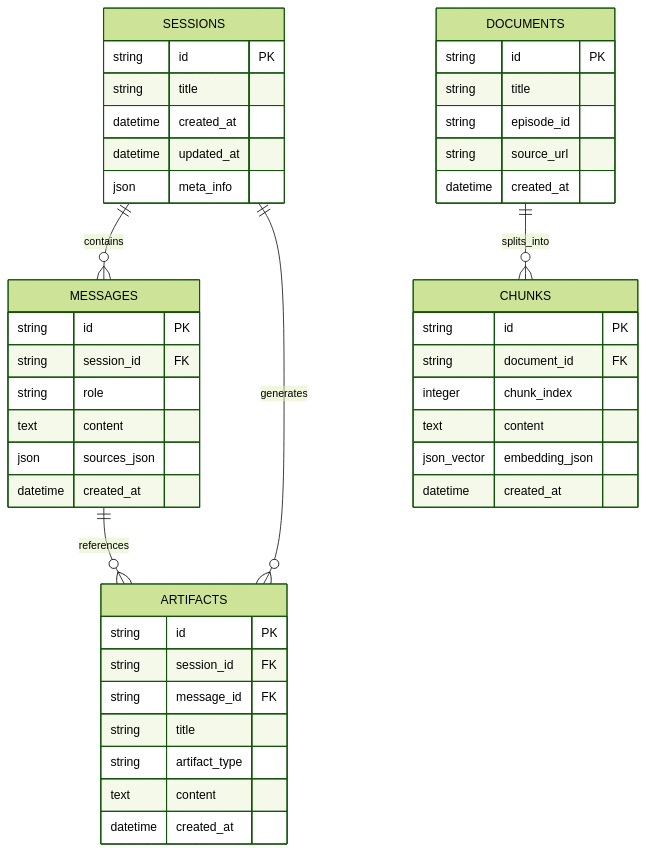
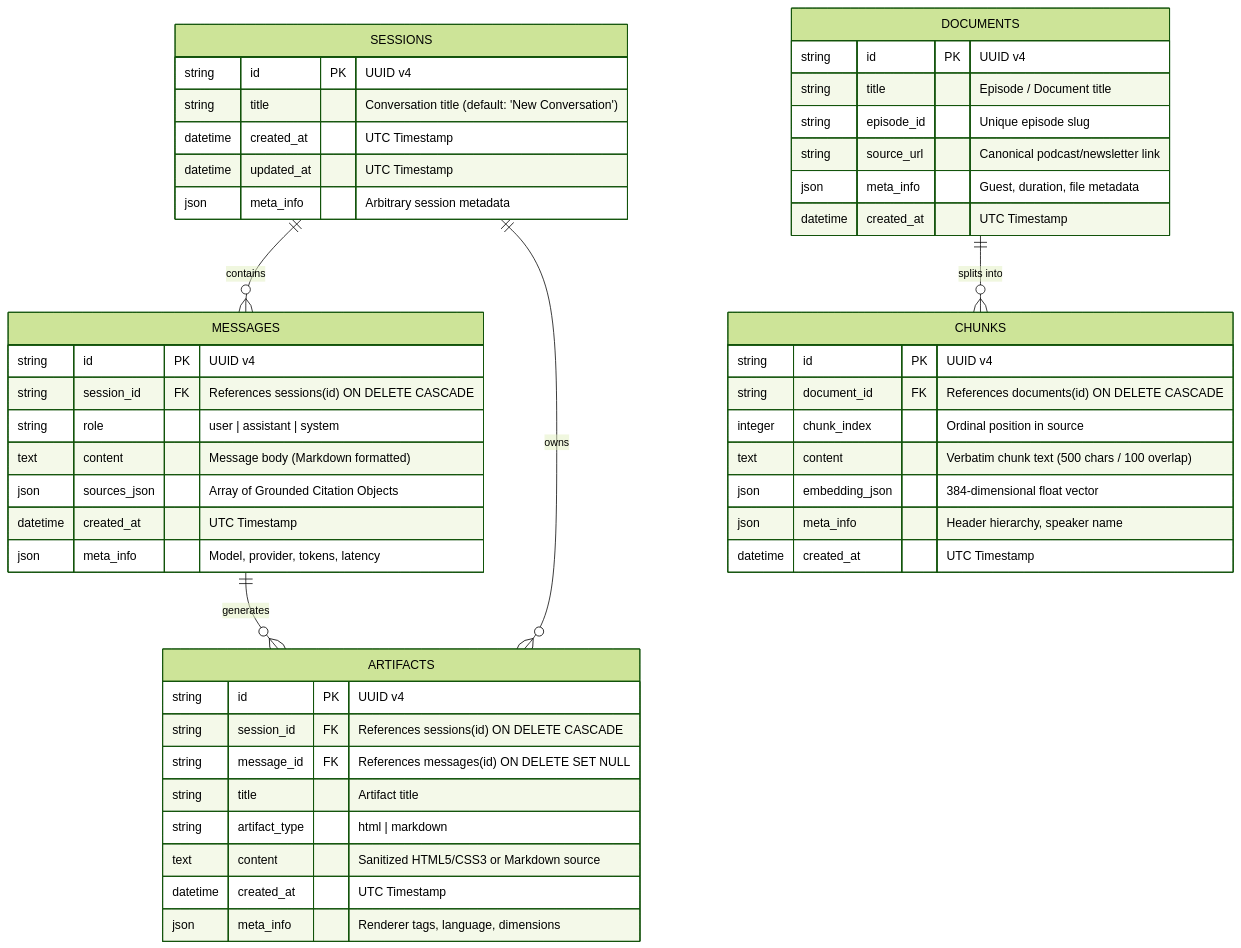
The third of 3 diagrams in architecture.md (Varshith19-cyber/Lenny-AI), drawn with Mermaid (forest theme) before and after one commit. The commit also changed other lines of this file and 28 other files, not shown here.

Commit message:
feat: add LandingPage navigation, always-fresh new chat, multi-LLM support, Ship30 skill, updated README/architecture/design docs

````diff
--- a/architecture.md
+++ b/architecture.md
@@ -39,51 +136,55 @@
 ```mermaid
 erDiagram
-    SESSIONS ||--o{ MESSAGES : contains
-    SESSIONS ||--o{ ARTIFACTS : generates
-    DOCUMENTS ||--o{ CHUNKS : splits_into
-    MESSAGES ||--o{ ARTIFACTS : references
+    SESSIONS ||--o{ MESSAGES : "contains"
+    SESSIONS ||--o{ ARTIFACTS : "owns"
+    DOCUMENTS ||--o{ CHUNKS : "splits into"
+    MESSAGES ||--o{ ARTIFACTS : "generates"
 
     SESSIONS {
-        string id PK
-        string title
-        datetime created_at
-        datetime updated_at
-        json meta_info
+        string id PK "UUID v4"
+        string title "Conversation title (default: 'New Conversation')"
+        datetime created_at "UTC Timestamp"
+        datetime updated_at "UTC Timestamp"
+        json meta_info "Arbitrary session metadata"
     }
 
     MESSAGES {
-        string id PK
-        string session_id FK
-        string role
-        text content
-        json sources_json
-        datetime created_at
+        string id PK "UUID v4"
+        string session_id FK "References sessions(id) ON DELETE CASCADE"
+        string role "user | assistant | system"
+        text content "Message body (Markdown formatted)"
+        json sources_json "Array of Grounded Citation Objects"
+        datetime created_at "UTC Timestamp"
+        json meta_info "Model, provider, tokens, latency"
     }
 
     DOCUMENTS {
-        string id PK
-        string title
-        string episode_id
-        string source_url
-        datetime created_at
+        string id PK "UUID v4"
+        string title "Episode / Document title"
+        string episode_id "Unique episode slug"
+        string source_url "Canonical podcast/newsletter link"
+        json meta_info "Guest, duration, file metadata"
+        datetime created_at "UTC Timestamp"
     }
 
     CHUNKS {
-        string id PK
-        string document_id FK
-        integer chunk_index
-        text content
-        json_vector embedding_json
-        datetime created_at
+        string id PK "UUID v4"
+        string document_id FK "References documents(id) ON DELETE CASCADE"
+        integer chunk_index "Ordinal position in source"
+        text content "Verbatim chunk text (500 chars / 100 overlap)"
+        json embedding_json "384-dimensional float vector"
+        json meta_info "Header hierarchy, speaker name"
+        datetime created_at "UTC Timestamp"
     }
 
     ARTIFACTS {
-        string id PK
-        string session_id FK
-        string message_id FK
-        string title
-        string artifact_type
-        text content
-        datetime created_at
+        string id PK "UUID v4"
+        string session_id FK "References sessions(id) ON DELETE CASCADE"
+        string message_id FK "References messages(id) ON DELETE SET NULL"
+        string title "Artifact title"
+        string artifact_type "html | markdown"
+        text content "Sanitized HTML5/CSS3 or Markdown source"
+        datetime created_at "UTC Timestamp"
+        json meta_info "Renderer tags, language, dimensions"
     }
 ```
````
